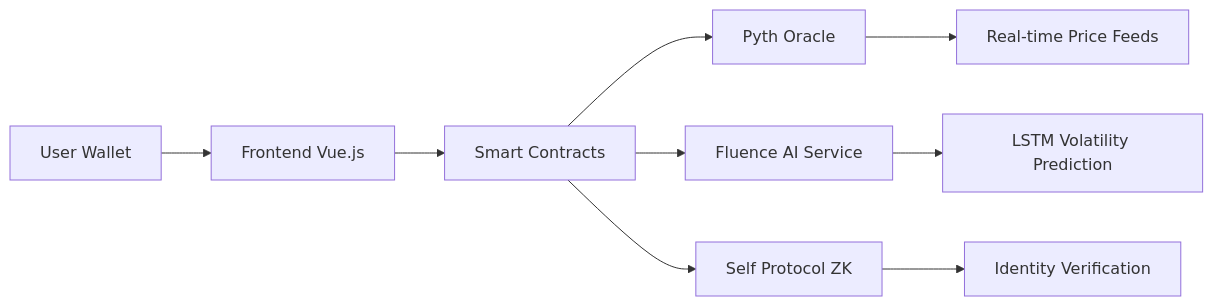
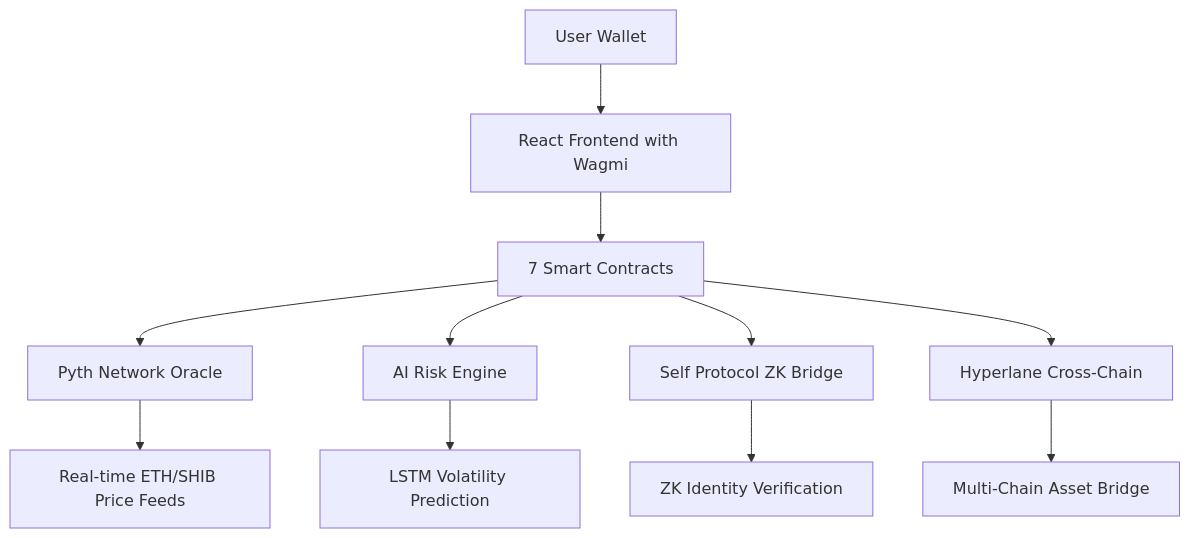
Before and after one commit to vijaygopalbalasa/ZKRisk: the diagram in README.md, drawn with Mermaid. The commit also changed other lines of this file and 56 other files, not shown here.

````diff
--- a/README.md
+++ b/README.md
@@ -18,12 +41,14 @@
 ```mermaid
-graph LR
-    A[User Wallet] --> B[Frontend Vue.js]
-    B --> C[Smart Contracts]
-    C --> D[Pyth Oracle]
-    C --> E[Fluence AI Service]
-    C --> F[Self Protocol ZK]
+graph TB
+    A[User Wallet] --> B[React Frontend with Wagmi]
+    B --> C[7 Smart Contracts]
+    C --> D[Pyth Network Oracle]
+    C --> E[AI Risk Engine]
+    C --> F[Self Protocol ZK Bridge]
+    C --> G[Hyperlane Cross-Chain]
 
-    D --> G[Real-time Price Feeds]
-    E --> H[LSTM Volatility Prediction]
-    F --> I[Identity Verification]
+    D --> H[Real-time ETH/SHIB Price Feeds]
+    E --> I[LSTM Volatility Prediction]
+    F --> J[ZK Identity Verification]
+    G --> K[Multi-Chain Asset Bridge]
 ```
````
